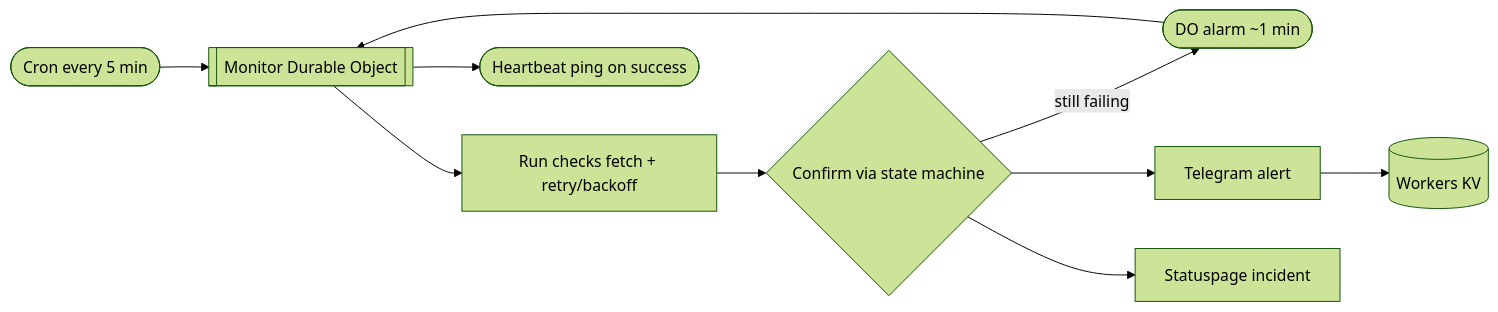
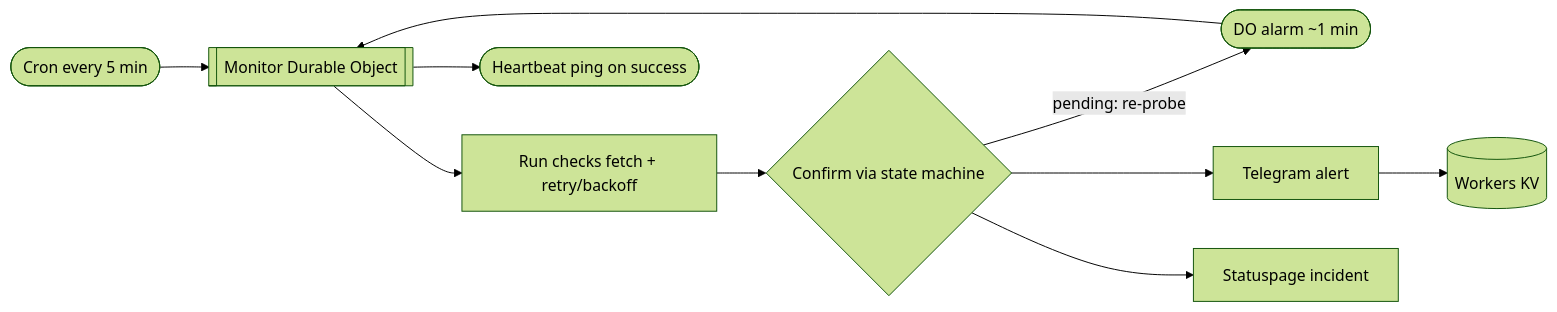
Before and after one commit to hobroker/uptime: the diagram in README.md, drawn with Mermaid (forest theme). The commit also changed other lines of this file and 3 other files, not shown here.

````diff
--- a/README.md
+++ b/README.md
@@ -50,12 +50,12 @@
 ```mermaid
 flowchart LR
     cron([Cron every 5 min]) --> mon[[Monitor Durable Object]]
     alarm([DO alarm ~1 min]) --> mon
     mon --> checks[Run checks fetch + retry/backoff]
     checks --> sm{Confirm via state machine}
-    sm -->|still failing| alarm
+    sm -->|pending: re-probe| alarm
     sm --> tg[Telegram alert]
     sm --> sp[Statuspage incident]
     tg --> kv[(Workers KV)]
     mon --> hb([Heartbeat ping on success])
 ```
````
